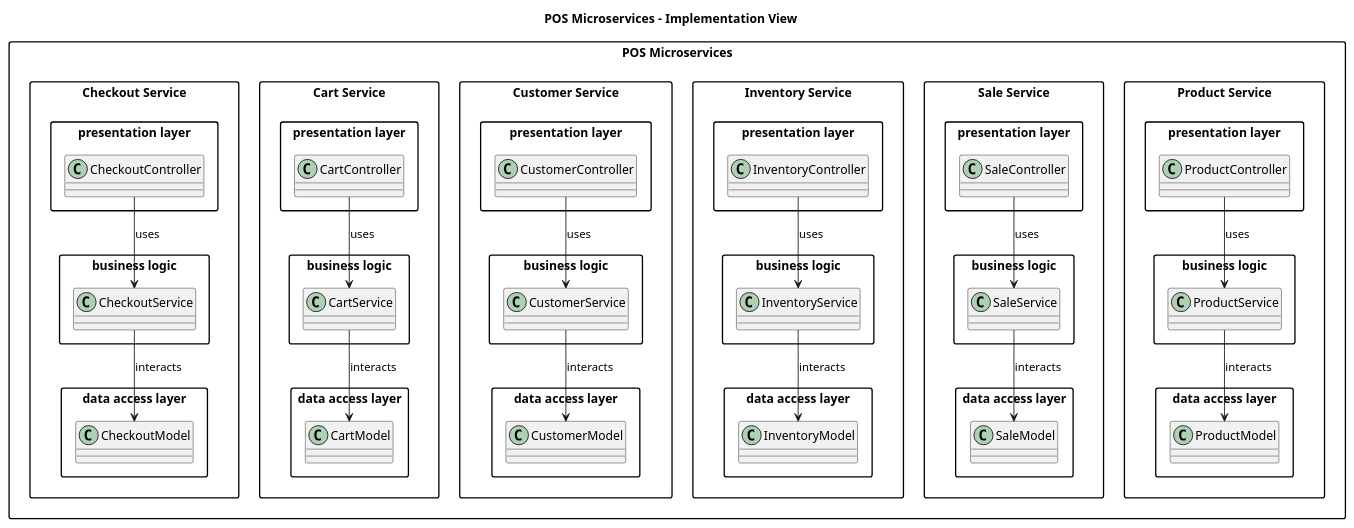
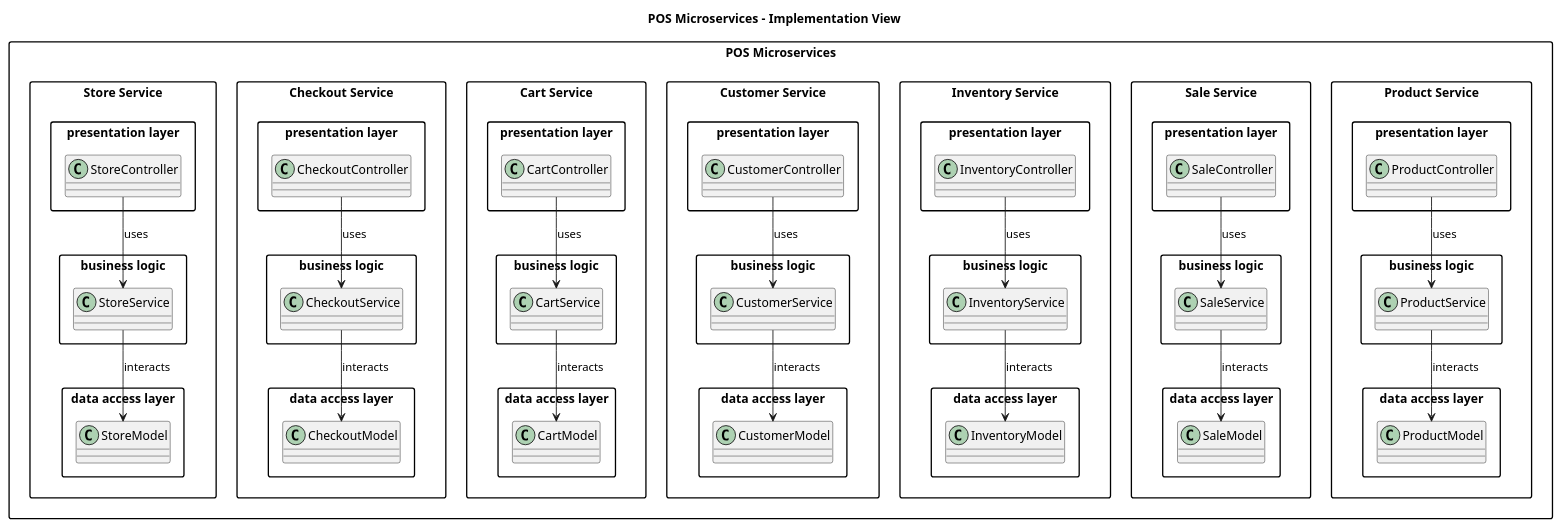
The diagram in docs/UML/VueImplementation.puml (Jonathan-Lorfils/LOG430-Lab), drawn with PlantUML before and after one commit. The commit also changed 22 other files, not shown here.

Commit message:
Update readme + add store-service

```diff
--- a/docs/UML/VueImplementation.puml
+++ b/docs/UML/VueImplementation.puml
@@ -1,124 +1,143 @@
 @startuml VuePackagePOS
 
 title POS Microservices - Implementation View
 
 skinparam packageStyle rectangle
 
 package "POS Microservices" {
 
   ' === Product Service ===
   package "Product Service" {
 
     package "data access layer" {
       class ProductModel
     }
 
     package "business logic" {
       class ProductService
     }
 
     package "presentation layer" {
       class ProductController
     }
 
     ProductController --> ProductService : uses
     ProductService --> ProductModel : interacts
   }
 
   ' === Sale Service ===
   package "Sale Service" {
 
     package "data access layer" {
       class SaleModel
     }
 
     package "business logic" {
       class SaleService
     }
 
     package "presentation layer" {
       class SaleController
     }
 
     SaleController --> SaleService : uses
     SaleService --> SaleModel : interacts
   }
 
   ' === Inventory Service ===
   package "Inventory Service" {
 
     package "data access layer" {
       class InventoryModel
     }
 
     package "business logic" {
       class InventoryService
     }
 
     package "presentation layer" {
       class InventoryController
     }
 
     InventoryController --> InventoryService : uses
     InventoryService --> InventoryModel : interacts
   }
 
   ' === Customer Service ===
   package "Customer Service" {
 
     package "data access layer" {
       class CustomerModel
     }
 
     package "business logic" {
       class CustomerService
     }
 
     package "presentation layer" {
       class CustomerController
     }
 
     CustomerController --> CustomerService : uses
     CustomerService --> CustomerModel : interacts
   }
 
   ' === Cart Service ===
   package "Cart Service" {
 
     package "data access layer" {
       class CartModel
     }
 
     package "business logic" {
       class CartService
     }
 
     package "presentation layer" {
       class CartController
     }
 
     CartController --> CartService : uses
     CartService --> CartModel : interacts
   }
 
   ' === Checkout Service ===
   package "Checkout Service" {
 
     package "data access layer" {
       class CheckoutModel
     }
 
     package "business logic" {
       class CheckoutService
     }
 
     package "presentation layer" {
       class CheckoutController
     }
 
     CheckoutController --> CheckoutService : uses
     CheckoutService --> CheckoutModel : interacts
   }
+
+    ' === Store Service ===
+  package "Store Service" {
+
+    package "data access layer" {
+      class StoreModel
+    }
+
+    package "business logic" {
+      class StoreService
+    }
+
+    package "presentation layer" {
+      class StoreController
+    }
+
+    StoreController --> StoreService : uses
+    StoreService --> StoreModel : interacts
+  }
 }
 
 @enduml
```
